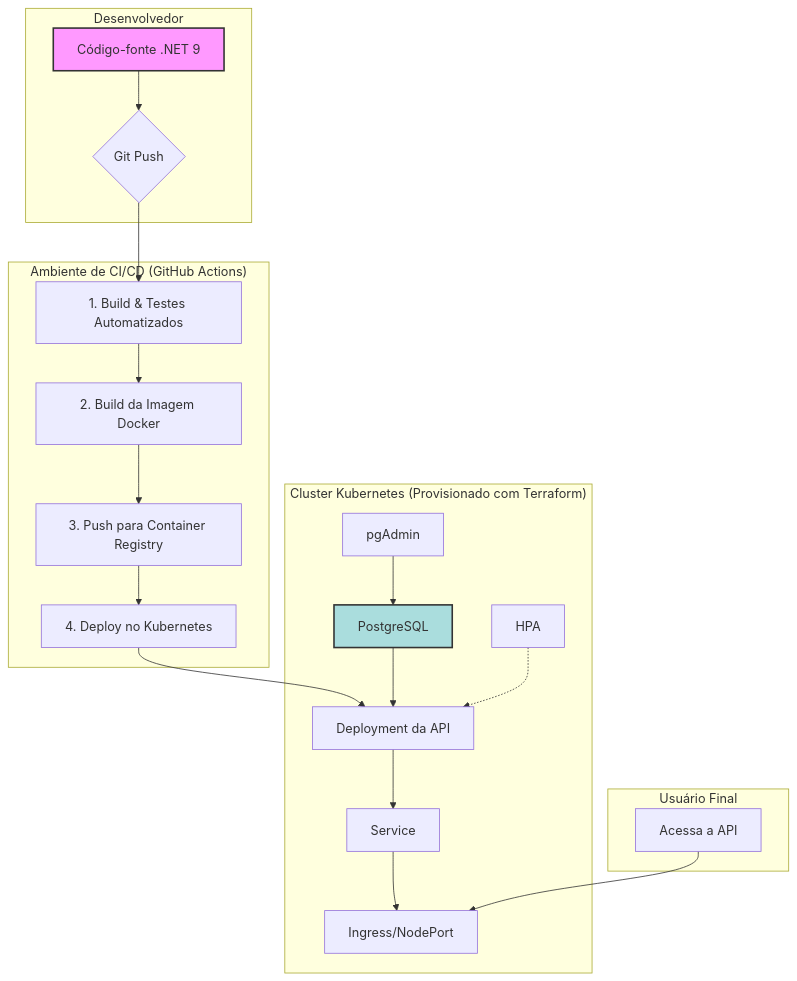
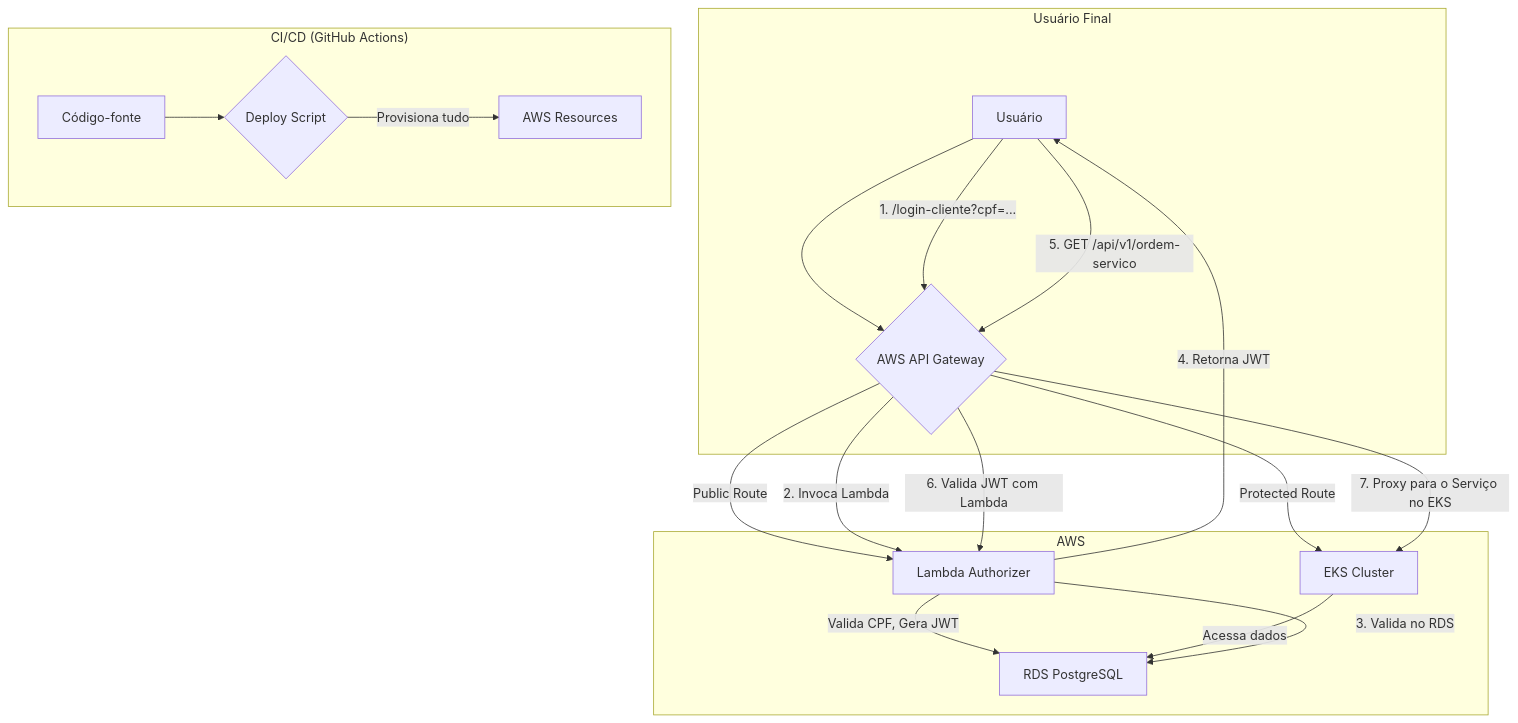
Before and after one commit to LTeruyaQ/techchallenge-soat-app: the diagram in README.md, drawn with Mermaid. The commit also changed other lines of this file and 30 other files, not shown here.

````diff
--- a/README.md
+++ b/README.md
@@ -70,29 +11,26 @@
 ```mermaid
 graph TD
-    subgraph "Desenvolvedor"
-        A[Código-fonte .NET 9] --> B{Git Push};
+    subgraph "Usuário Final"
+        A[Usuário] --> B{AWS API Gateway};
     end
 
-    subgraph "Ambiente de CI/CD (GitHub Actions)"
-        B --> C[1. Build & Testes Automatizados];
-        C --> D[2. Build da Imagem Docker];
-        D --> E[3. Push para Container Registry];
-        E --> F[4. Deploy no Kubernetes];
+    subgraph "AWS"
+        B -- Public Route --> C[Lambda Authorizer];
+        B -- Protected Route --> D[EKS Cluster];
+        C -- "Valida CPF, Gera JWT" --> E[RDS PostgreSQL];
+        D -- "Acessa dados" --> E;
     end
 
-    subgraph "Cluster Kubernetes (Provisionado com Terraform)"
-        F --> G[Deployment da API];
-        H[PostgreSQL] --> G;
-        I[pgAdmin] --> H;
-        G --> J[Service];
-        J --> K[Ingress/NodePort];
-        L[HPA] -.-> G;
+    subgraph "CI/CD (GitHub Actions)"
+        F[Código-fonte] --> G{Deploy Script};
+        G -- "Provisiona tudo" --> H[AWS Resources];
     end
 
-    subgraph "Usuário Final"
-        M[Acessa a API] --> K;
-    end
-
-    style A fill:#f9f,stroke:#333,stroke-width:2px
-    style H fill:#add,stroke:#333,stroke-width:2px
+    A -- "1. /login-cliente?cpf=..." --> B;
+    B -- "2. Invoca Lambda" --> C;
+    C -- "3. Valida no RDS" --> E;
+    C -- "4. Retorna JWT" --> A;
+    A -- "5. GET /api/v1/ordem-servico" --> B;
+    B -- "6. Valida JWT com Lambda" --> C;
+    B -- "7. Proxy para o Serviço no EKS" --> D;
 ```
````
